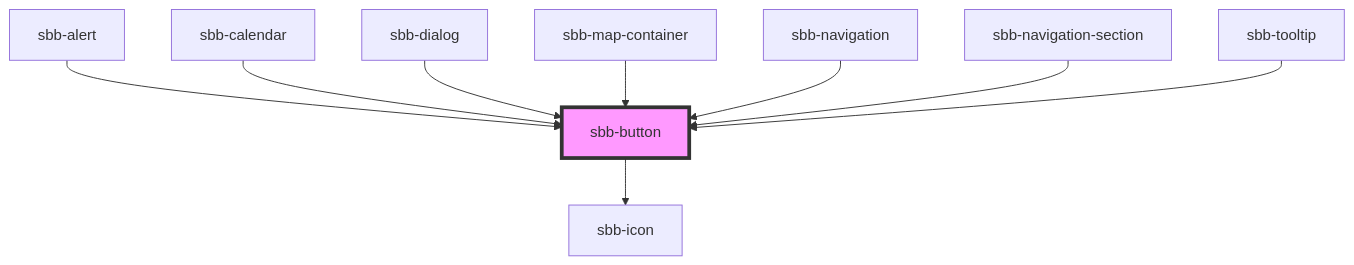
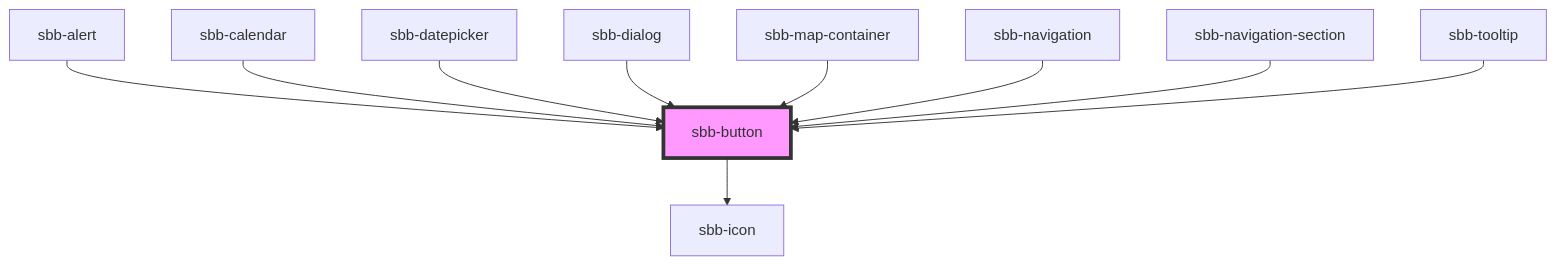
One commit to sbb-design-systems/lyne-components changed the diagram in src/components/sbb-button/readme.md. Above: the diagram before and after it, drawn with Mermaid. The commit also changed other lines of this file and 9 other files, not shown here.

````diff
--- a/src/components/sbb-button/readme.md
+++ b/src/components/sbb-button/readme.md
@@ -91,12 +92,13 @@
 ```mermaid
 graph TD;
   sbb-button --> sbb-icon
   sbb-alert --> sbb-button
   sbb-calendar --> sbb-button
+  sbb-datepicker --> sbb-button
   sbb-dialog --> sbb-button
   sbb-map-container --> sbb-button
   sbb-navigation --> sbb-button
   sbb-navigation-section --> sbb-button
   sbb-tooltip --> sbb-button
   style sbb-button fill:#f9f,stroke:#333,stroke-width:4px
 ```
````
